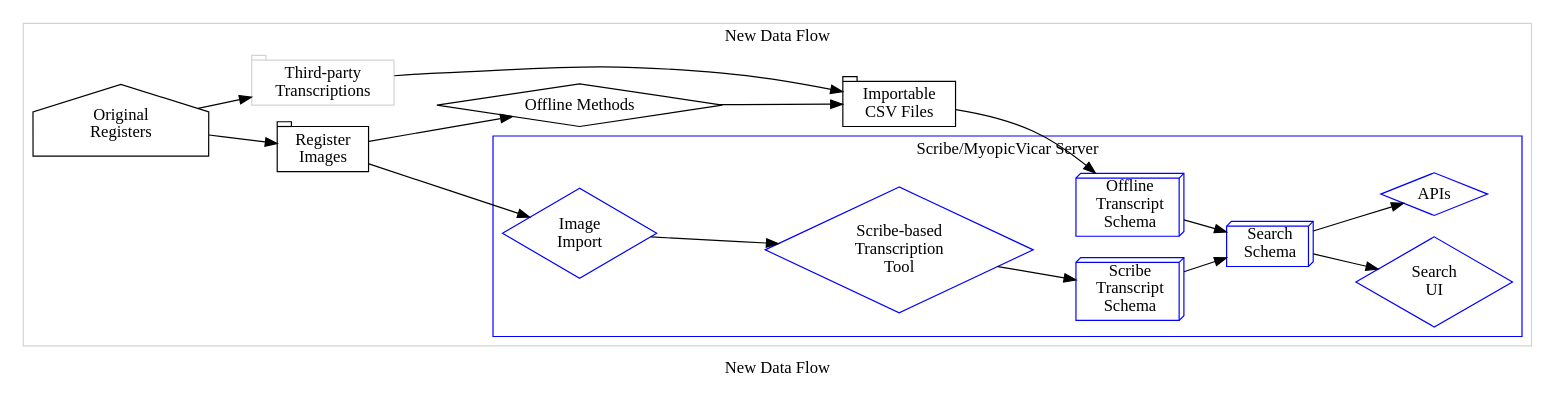
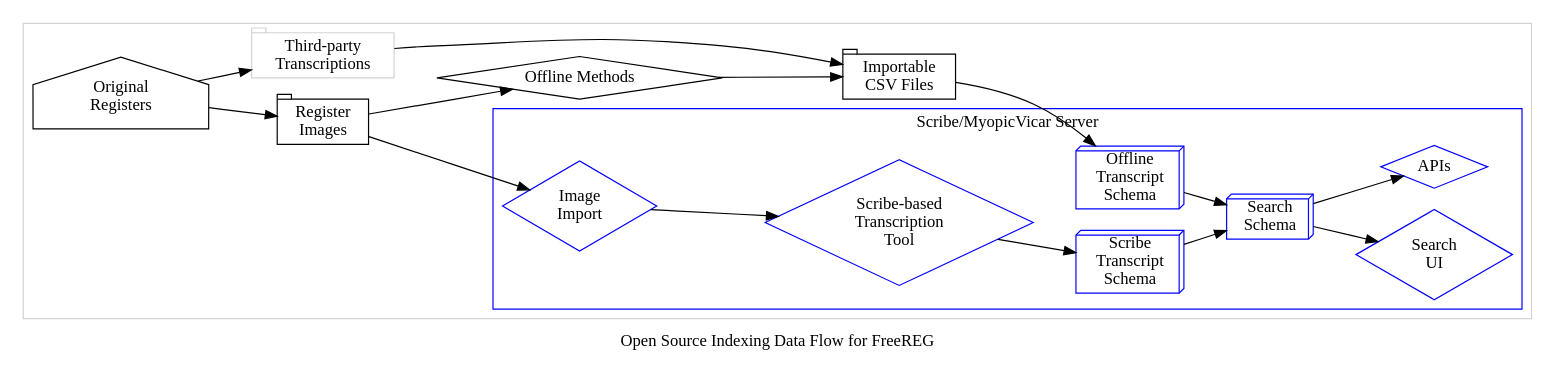
One commit to FreeUKGen/MyopicVicar changed the diagram in doc/design/data_flow/approach/phase3.dot. Above: the diagram before and after it, drawn with Graphviz. The commit also changed 1 other file, not shown here.

```diff
--- a/doc/design/data_flow/approach/phase3.dot
+++ b/doc/design/data_flow/approach/phase3.dot
@@ -1,53 +1,54 @@
 digraph G {
-	label="New Data Flow";
+	label="Open Source Indexing Data Flow for FreeREG";
 
 	rankdir="LR";
 	subgraph cluster_2 {
 #		style=filled;
+		label="";
 		color=lightgrey;
 #		node [style=filled,color=white];
 
 		registers [label="Original\nRegisters",shape="house"];
 		externaltranscripts [label="Third-party\nTranscriptions",shape="tab",color=lightgrey];
 		registers->externaltranscripts;
 		images [label="Register\nImages",shape="tab"];
 		registers->images;		
 		
 		other [label="Offline Methods",shape="diamond"];
 		images -> other;
 		csvs [label="Importable\nCSV Files",shape="tab"];
 		other -> csvs;
 		externaltranscripts -> csvs;
 
 		subgraph cluster_1 {
 			color=blue;
 			node [color=blue];
 			setup [label="Image\nImport",shape="diamond"]		
 			scribe [label="Scribe-based\nTranscription\nTool",shape="diamond"];
 			setup -> scribe;
 			scribe_db [label="Scribe\nTranscript\nSchema",shape="box3d"];
 			scribe -> scribe_db;
 
 			database2 [label="Search\nSchema",shape="box3d"];
 			search2 [label="Search\nUI",shape="diamond"];
 			apis [label="APIs",shape="diamond"];
 			csv_database [label="Offline\nTranscript\nSchema",shape="box3d"];
 			scribe_db -> database2;
 			csv_database -> database2;
 			database2 -> search2;
 			database2 -> apis;
 
 			label="Scribe/MyopicVicar Server";
 		}
 		images->setup;
 		csvs -> csv_database;
 
 
 	}
 	
 
 #	database -> importer_legacy;
 
 
 #	csvs -> importer [color=white];
 }
```
